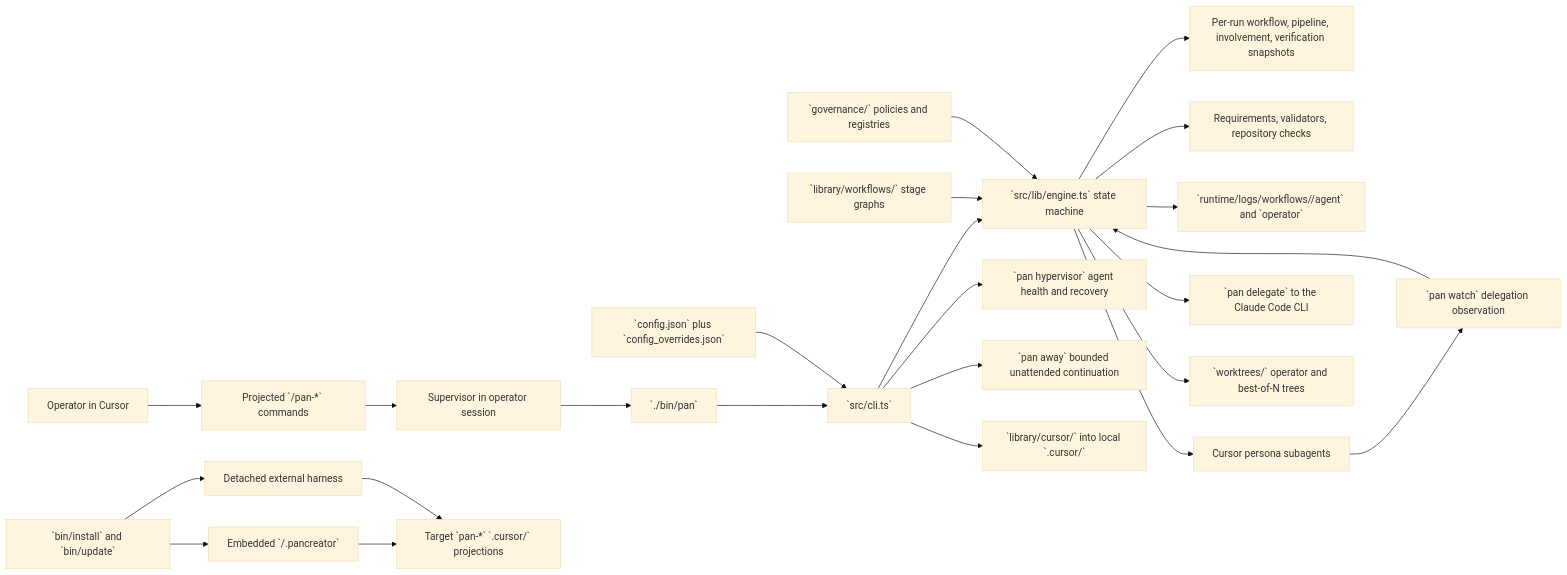
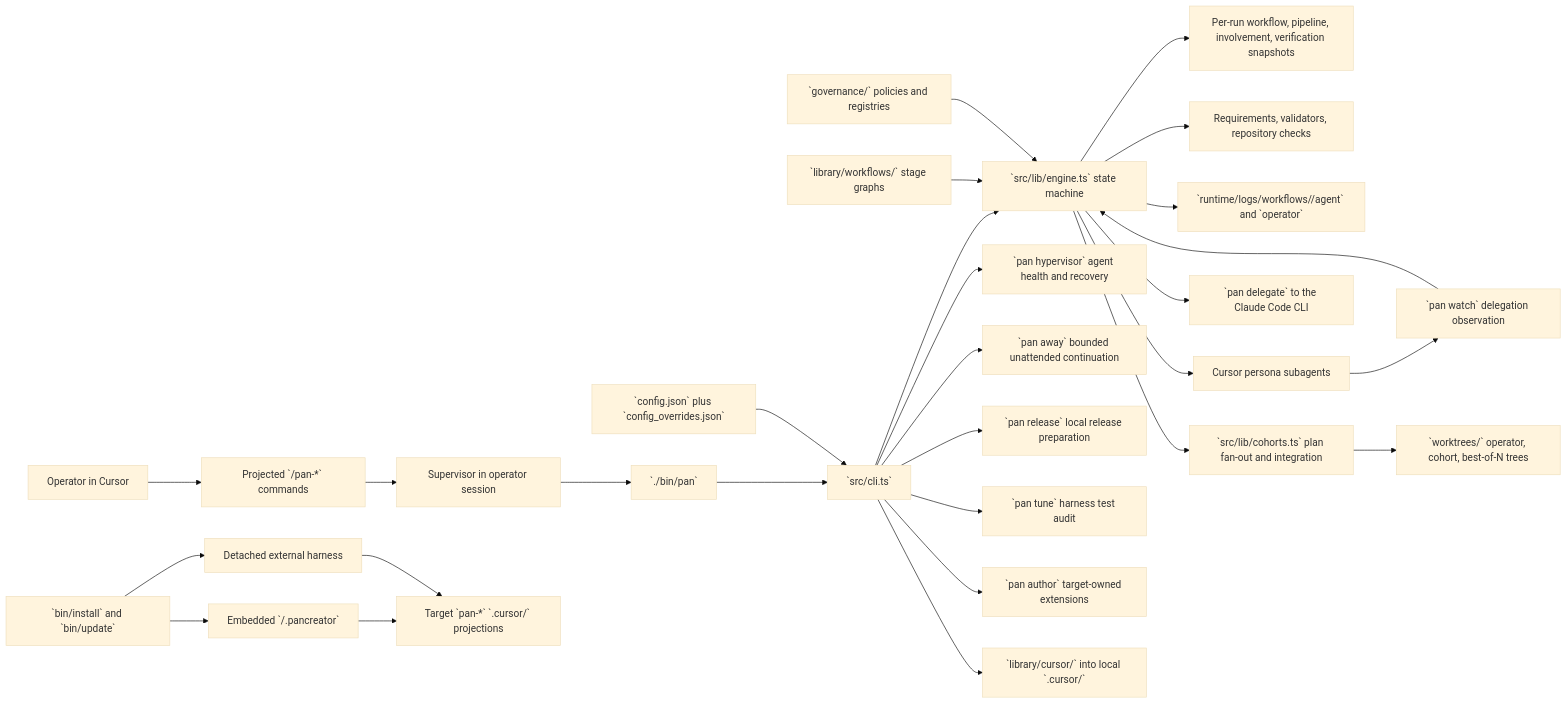
The diagram in docs/target-repo-primer.md (alenlukic/pancreator), drawn with Mermaid (base theme) before and after one commit. The commit also changed other lines of this file and 28 other files, not shown here.

````diff
--- a/docs/target-repo-primer.md
+++ b/docs/target-repo-primer.md
@@ -71,26 +74,30 @@
 ```mermaid
 flowchart LR
   Operator[Operator in Cursor] --> Commands[Projected `/pan-*` commands]
   Commands --> Supervisor[Supervisor in operator session]
   Supervisor --> Pan[`./bin/pan`]
   Pan --> CLI[`src/cli.ts`]
   CLI --> Engine[`src/lib/engine.ts` state machine]
   Config[`config.json` plus `config_overrides.json`] --> CLI
   Workflows[`library/workflows/` stage graphs] --> Engine
   Governance[`governance/` policies and registries] --> Engine
   Engine --> Snapshots[Per-run workflow, pipeline, involvement, verification snapshots]
   Engine --> Requirements[Requirements, validators, repository checks]
   Engine --> Runtime[`runtime/logs/workflows/<run-id>/agent` and `operator`]
   Engine --> CursorWorkers[Cursor persona subagents]
   Engine --> External[`pan delegate` to the Claude Code CLI]
   CursorWorkers --> Watch[`pan watch` delegation observation]
   Watch --> Engine
+  Engine --> Cohorts[`src/lib/cohorts.ts` plan fan-out and integration]
+  Cohorts --> Worktrees[`worktrees/` operator, cohort, best-of-N trees]
   CLI --> Hypervisor[`pan hypervisor` agent health and recovery]
   CLI --> Away[`pan away` bounded unattended continuation]
-  Engine --> Worktrees[`worktrees/` operator and best-of-N trees]
+  CLI --> Release[`pan release` local release preparation]
+  CLI --> Tune[`pan tune` harness test audit]
+  CLI --> Author[`pan author` target-owned extensions]
   CLI --> Projection[`library/cursor/` into local `.cursor/`]
   Installer[`bin/install` and `bin/update`] --> Embedded[Embedded `<target>/.pancreator`]
   Installer --> Detached[Detached external harness]
   Embedded --> TargetCursor[Target `pan-*` `.cursor/` projections]
   Detached --> TargetCursor
 ```
````
